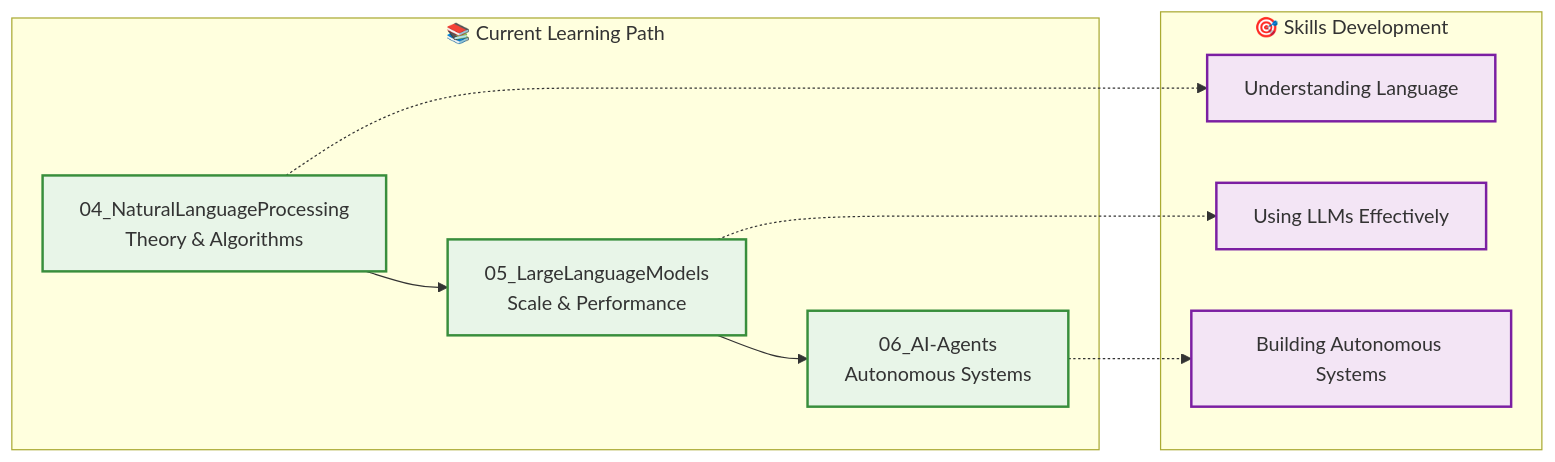
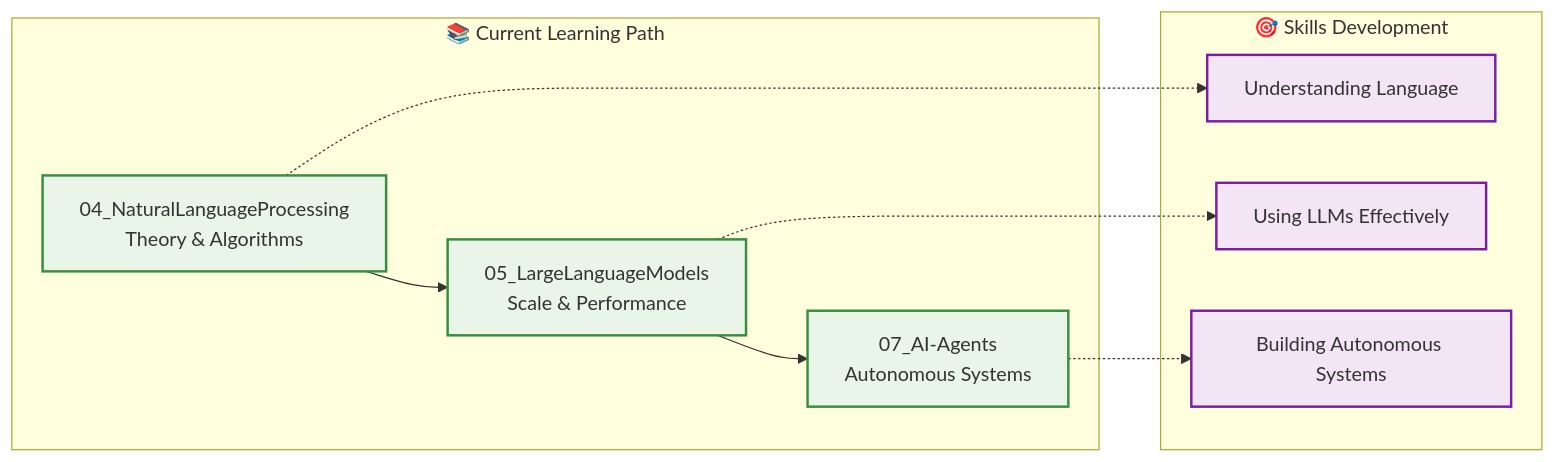
One commit to Swamy-s-Tech-Skills-Academy/swamy-tech-skills-academy-main changed the second of 2 diagrams in 03_ReferenceLibrary/02_AI-and-ML/05_LargeLanguageModels/README.md. Above: the diagram before and after it, drawn with Mermaid. The commit also changed 41 other files, not shown here.

````diff
--- a/03_ReferenceLibrary/02_AI-and-ML/05_LargeLanguageModels/README.md
+++ b/03_ReferenceLibrary/02_AI-and-ML/05_LargeLanguageModels/README.md
@@ -87,25 +87,25 @@
 ```mermaid
 graph LR
     subgraph "📚 Current Learning Path"
         NLP[04_NaturalLanguageProcessing<br/>Theory & Algorithms]
         LLM[05_LargeLanguageModels<br/>Scale & Performance]
-        AGENT[06_AI-Agents<br/>Autonomous Systems]
+        AGENT[07_AI-Agents<br/>Autonomous Systems]
     end
     
     subgraph "🎯 Skills Development"
         THEORY[Understanding Language]
         PRACTICE[Using LLMs Effectively]
         AUTOMATION[Building Autonomous Systems]
     end
     
     NLP --> LLM --> AGENT
     NLP -.-> THEORY
     LLM -.-> PRACTICE
     AGENT -.-> AUTOMATION
     
     classDef module fill:#e8f5e8,stroke:#388e3c,stroke-width:2px
     classDef skill fill:#f3e5f5,stroke:#7b1fa2,stroke-width:2px
     
     class NLP,LLM,AGENT module
     class THEORY,PRACTICE,AUTOMATION skill
 ```
````
